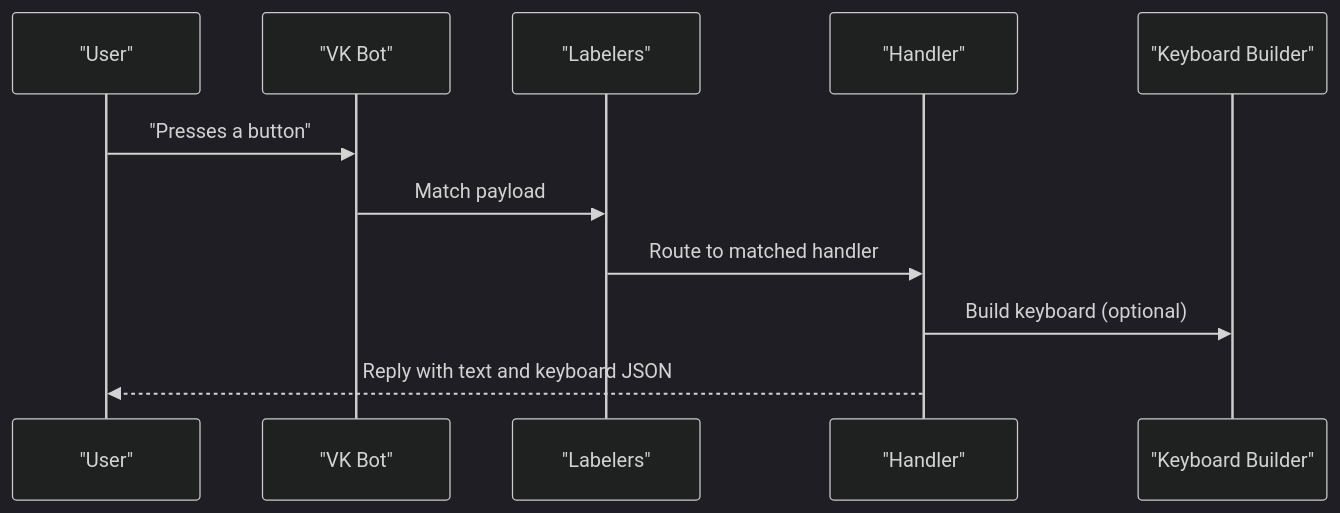
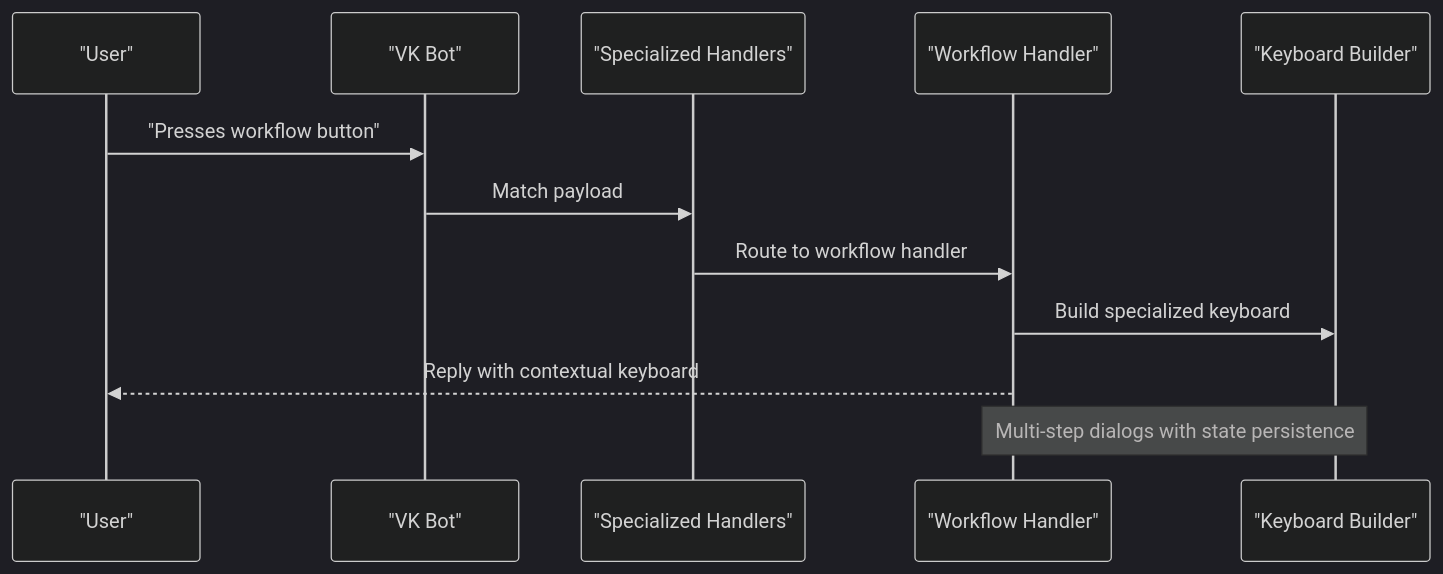
The second of 10 diagrams in .qoder/repowiki/en/content/Keyboard System.md (ognelis/cafetera_hr_bot), drawn with Mermaid (dark theme) before and after one commit. The commit also changed other lines of this file and 15 other files, not shown here.

````diff
--- a/.qoder/repowiki/en/content/Keyboard System.md
+++ b/.qoder/repowiki/en/content/Keyboard System.md
@@ -101,13 +129,14 @@
 ```mermaid
 sequenceDiagram
 participant User as "User"
 participant Bot as "VK Bot"
-participant Labelers as "Labelers"
-participant Handler as "Handler"
+participant Labelers as "Specialized Handlers"
+participant Handler as "Workflow Handler"
 participant KB as "Keyboard Builder"
-User->>Bot : "Presses a button"
+User->>Bot : "Presses workflow button"
 Bot->>Labelers : Match payload
-Labelers->>Handler : Route to matched handler
-Handler->>KB : Build keyboard (optional)
-Handler-->>User : Reply with text and keyboard JSON
+Labelers->>Handler : Route to workflow handler
+Handler->>KB : Build specialized keyboard
+Handler-->>User : Reply with contextual keyboard
+Note over Handler,KB : Multi-step dialogs with state persistence
 ```
````
